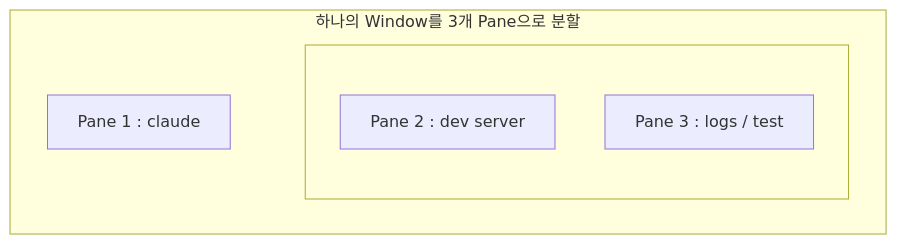
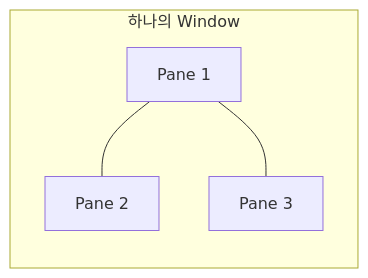
One commit to kenshin579/blog-v2.advenoh.pe.kr changed the diagram in docs/read/tmux-입문-터미널-세션-관리부터-claude-code-활용까지/index.md. Above: the diagram before and after it, drawn with Mermaid. The commit also changed other lines of this file, not shown here.

Commit message:
docs: 4장 다이어그램을 Pane 분할 배치 목업으로 교체, 7장 임시 다이어그램 제거

````diff
--- a/docs/read/tmux-입문-터미널-세션-관리부터-claude-code-활용까지/index.md
+++ b/docs/read/tmux-입문-터미널-세션-관리부터-claude-code-활용까지/index.md
@@ -162,13 +66,10 @@
 ```mermaid
 graph LR
-    subgraph WIN["하나의 Window를 3개 Pane으로 분할"]
-        direction LR
-        P1["Pane 1 : claude"]
-        subgraph RIGHT[" "]
-            direction TB
-            P2["Pane 2 : dev server"]
-            P3["Pane 3 : logs / test"]
-        end
+    subgraph Window["하나의 Window"]
+        P1["Pane 1"]
+        P2["Pane 2"]
+        P3["Pane 3"]
     end
-    P1 ~~~ RIGHT
+    P1 --- P2
+    P1 --- P3
 ```
````
